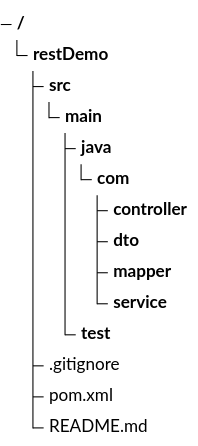
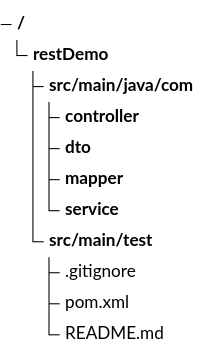
The diagram in Read.md (chanduujjina/Spring_Boot_Rest_AI), drawn with Mermaid (forest theme) before and after one commit.

Commit message:
Revise directory structure in Read.md
Updated directory structure in Read.md to reflect changes.

````diff
--- a/Read.md
+++ b/Read.md
@@ -1,17 +1,14 @@
 ```mermaid
 treeView-beta
             restDemo/
-                src/
-                    main/
-                          java/
-                               com/
+                src/main/java/com/
                                    controller/
                                    dto/
                                    mapper/
                                    service/
                                
-                          test/
+              src/main/test/
                 .gitignore
                 pom.xml
                 README.md
 ```
````
